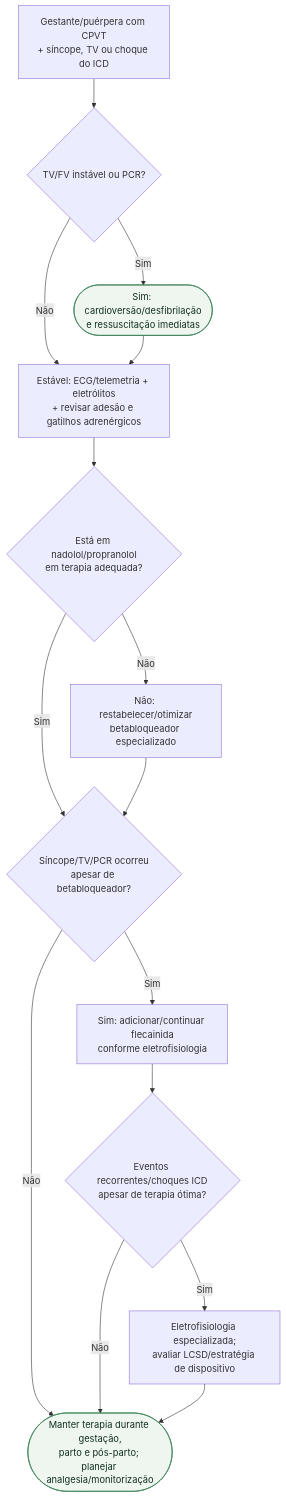
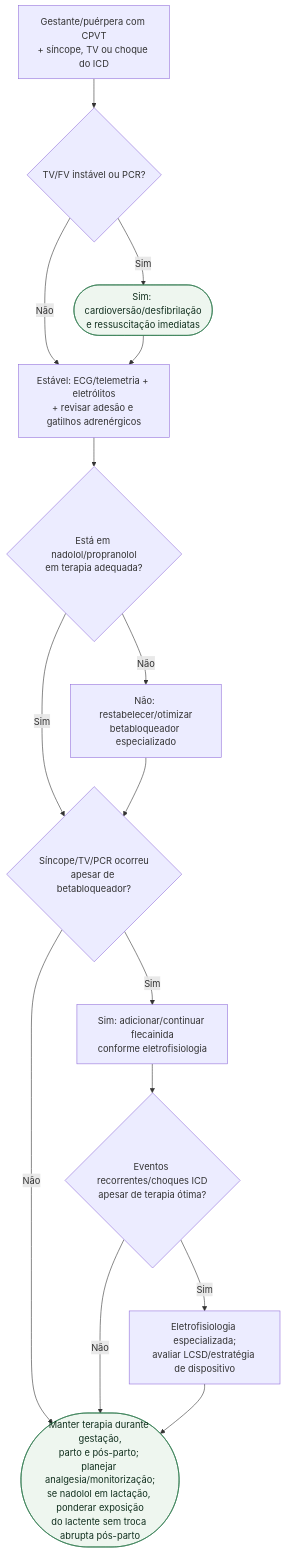
The diagram in content/Gravidez/fluxograma-taquicardia-ventricular-polimorfica-catecolaminergica-na-gestacao-e-puerperio.md (rafaelpaesmeirelles/MeuCardio), drawn with Mermaid before and after one commit. The commit also changed other lines of this file and 22 other files, not shown here.

````diff
--- a/content/Gravidez/fluxograma-taquicardia-ventricular-polimorfica-catecolaminergica-na-gestacao-e-puerperio.md
+++ b/content/Gravidez/fluxograma-taquicardia-ventricular-polimorfica-catecolaminergica-na-gestacao-e-puerperio.md
@@ -13,32 +14,32 @@
 ```mermaid
 flowchart TD
   R0["Gestante/puérpera com CPVT<br/>+ síncope, TV ou choque do ICD"]
   D1{"TV/FV instável ou PCR?"}
   C1(["Sim: cardioversão/desfibrilação<br/>e ressuscitação imediatas"])
   P1["Estável: ECG/telemetria + eletrólitos<br/>+ revisar adesão e gatilhos adrenérgicos"]
   D2{"Está em nadolol/propranolol<br/>em terapia adequada?"}
   P2["Não: restabelecer/otimizar<br/>betabloqueador especializado"]
   D3{"Síncope/TV/PCR ocorreu<br/>apesar de betabloqueador?"}
   P3["Sim: adicionar/continuar flecainida<br/>conforme eletrofisiologia"]
   D4{"Eventos recorrentes/choques ICD<br/>apesar de terapia ótima?"}
   P4["Eletrofisiologia especializada;<br/>avaliar LCSD/estratégia de dispositivo"]
-  C2(["Manter terapia durante gestação,<br/>parto e pós-parto; planejar analgesia/monitorização"])
+  C2(["Manter terapia durante gestação,<br/>parto e pós-parto; planejar analgesia/monitorização;<br/>se nadolol em lactação, ponderar exposição<br/>do lactente sem troca abrupta pós-parto"])
 
   R0 --> D1
   D1 -->|"Sim"| C1
   D1 -->|"Não"| P1
   C1 --> P1
   P1 --> D2
   D2 -->|"Não"| P2
   D2 -->|"Sim"| D3
   P2 --> D3
   D3 -->|"Sim"| P3
   D3 -->|"Não"| C2
   P3 --> D4
   D4 -->|"Sim"| P4
   D4 -->|"Não"| C2
   P4 --> C2
 
   classDef conduta fill:#eef6ef,stroke:#2f7a4f,color:#12301f;
   class C1,C2 conduta;
 ```
````
